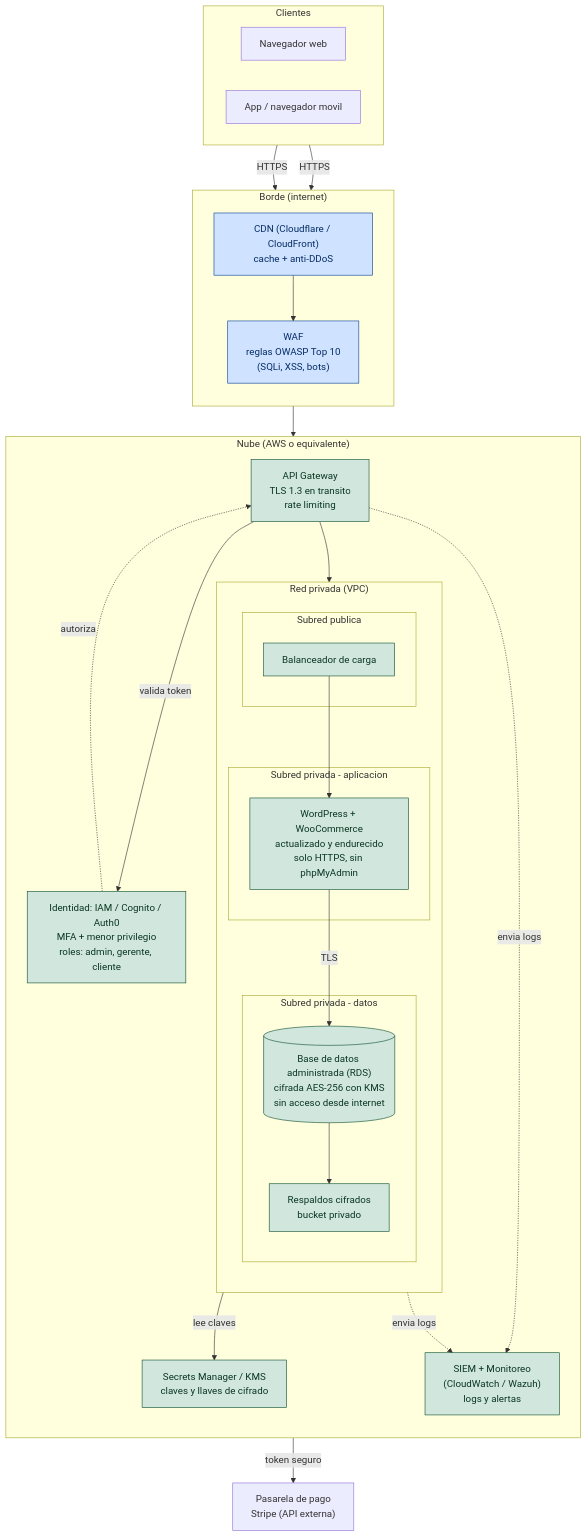
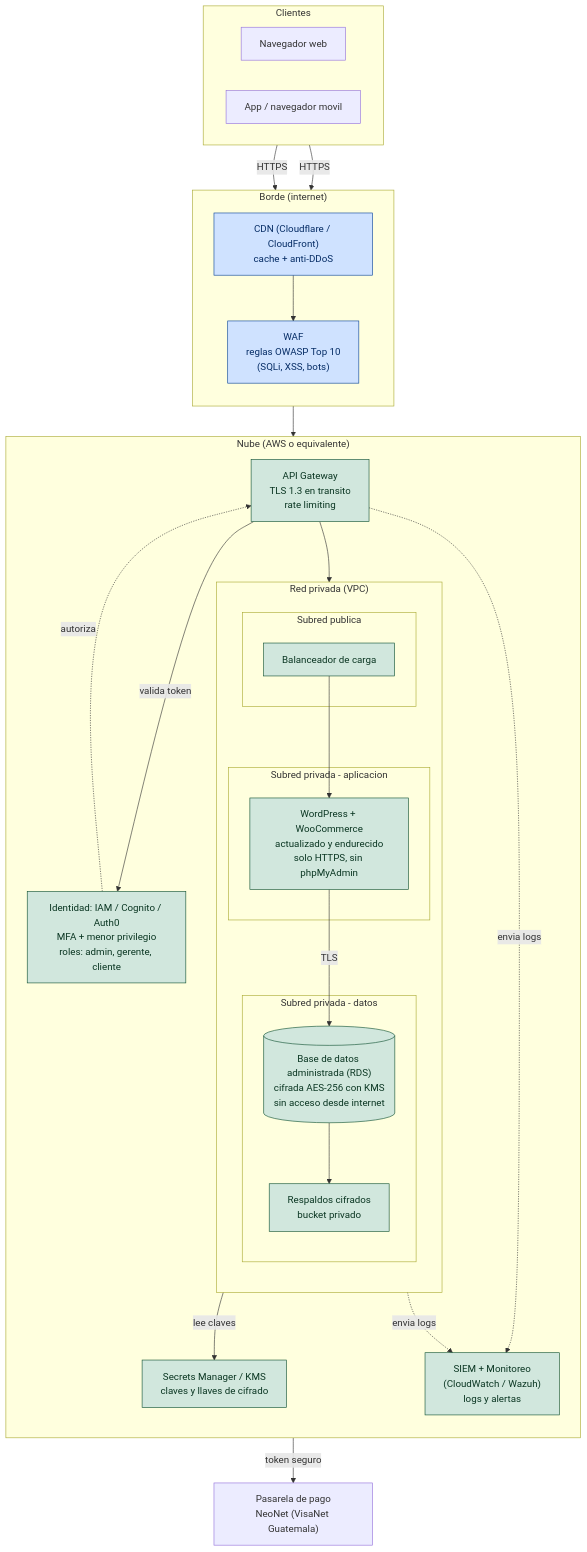
Before and after one commit to JavierNavas/tienda-moda-gt: the second of 2 diagrams in ARQUITECTURA.md, drawn with Mermaid. The commit also changed other lines of this file and 1 other file, not shown here.

Commit message:
Contenedores separados y numerados en el diagrama; cambia pasarela de pago a NeoNet (VisaNet Guatemala), Stripe queda solo como componente vulnerable del laboratorio

````diff
--- a/ARQUITECTURA.md
+++ b/ARQUITECTURA.md
@@ -181,57 +197,57 @@
 ```mermaid
 flowchart TB
     subgraph CLIENTES["Clientes"]
         direction LR
         WEB["Navegador web"]
         MOV["App / navegador movil"]
     end
 
     subgraph EDGE["Borde (internet)"]
         direction TB
         CDN["CDN (Cloudflare / CloudFront)<br/>cache + anti-DDoS"]
         WAF["WAF<br/>reglas OWASP Top 10<br/>(SQLi, XSS, bots)"]
     end
 
     subgraph CLOUD["Nube (AWS o equivalente)"]
         direction TB
         GW["API Gateway<br/>TLS 1.3 en transito<br/>rate limiting"]
         IAM["Identidad: IAM / Cognito / Auth0<br/>MFA + menor privilegio<br/>roles: admin, gerente, cliente"]
         SEC["Secrets Manager / KMS<br/>claves y llaves de cifrado"]
 
         subgraph VPC["Red privada (VPC)"]
             direction TB
             subgraph PUB["Subred publica"]
                 LB["Balanceador de carga"]
             end
             subgraph SAPP["Subred privada - aplicacion"]
                 APP["WordPress + WooCommerce<br/>actualizado y endurecido<br/>solo HTTPS, sin phpMyAdmin"]
             end
             subgraph SDATA["Subred privada - datos"]
                 DB[("Base de datos administrada (RDS)<br/>cifrada AES-256 con KMS<br/>sin acceso desde internet")]
                 BK["Respaldos cifrados<br/>bucket privado"]
             end
         end
 
         SIEM["SIEM + Monitoreo<br/>(CloudWatch / Wazuh)<br/>logs y alertas"]
     end
 
-    PAY["Pasarela de pago<br/>Stripe (API externa)"]
+    PAY["Pasarela de pago<br/>NeoNet (VisaNet Guatemala)"]
 
     WEB -->|"HTTPS"| CDN
     MOV -->|"HTTPS"| CDN
     CDN --> WAF --> GW
     GW -->|"valida token"| IAM
     GW --> LB --> APP
     APP -->|"TLS"| DB
     APP -->|"token seguro"| PAY
     APP -->|"lee claves"| SEC
     DB --> BK
     APP -.->|"envia logs"| SIEM
     GW -.->|"envia logs"| SIEM
     IAM -.->|"autoriza"| GW
 
     classDef sec fill:#d1e7dd,stroke:#0f5132,color:#0a3622;
     classDef edge fill:#cfe2ff,stroke:#084298,color:#052c65;
     class GW,IAM,SEC,APP,DB,BK,LB,SIEM sec;
     class CDN,WAF edge;
 ```
````
